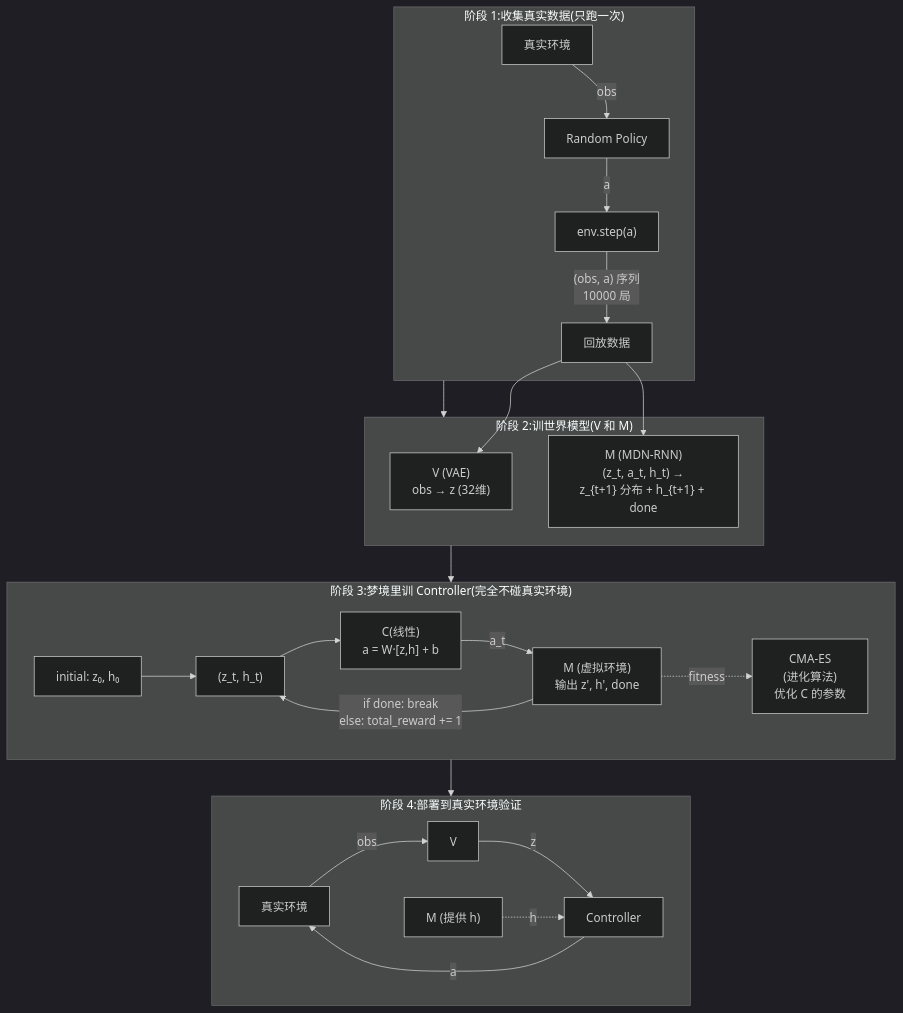
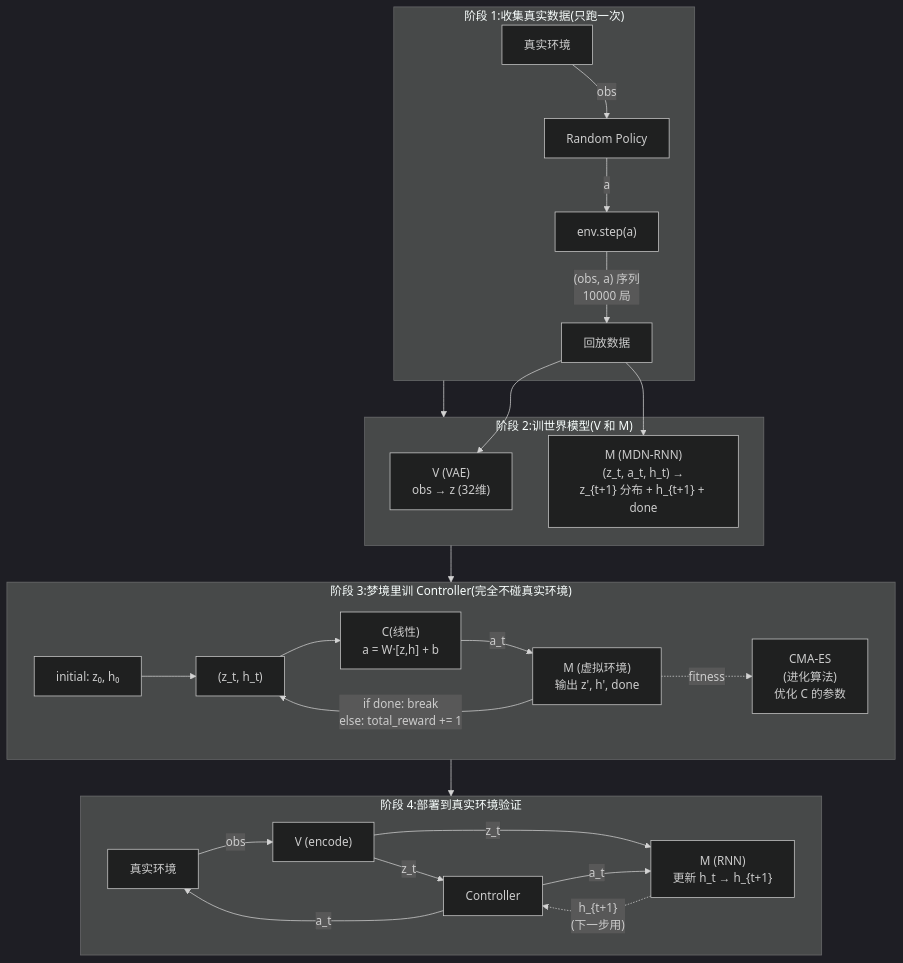
Before and after one commit to jinxinzhou/world-model-study: the third of 3 diagrams in World-Model-学习笔记.md, drawn with Mermaid (dark theme). The commit also changed 1 other file, not shown here.

Commit message:
fix: Stage 4 deployment diagram - M is RNN, needs (z_t, a_t) as inputs to update h
Previously M was shown as isolated, only providing h to Controller - misleading.
Now M correctly receives z_t from V and a_t from Controller as inputs.
Updated both ZH and EN versions.

````diff
--- a/World-Model-学习笔记.md
+++ b/World-Model-学习笔记.md
@@ -1261,32 +1261,34 @@
    ```mermaid
    flowchart TD
        subgraph S1["阶段 1:收集真实数据(只跑一次)"]
            Env1["真实环境"] -->|obs| Random["Random Policy"]
            Random -->|a| Step1["env.step(a)"]
            Step1 -->|"(obs, a) 序列<br/>10000 局"| Data["回放数据"]
        end
 
        subgraph S2["阶段 2:训世界模型(V 和 M)"]
            Data --> V["V (VAE)<br/>obs → z (32维)"]
            Data --> M["M (MDN-RNN)<br/>(z_t, a_t, h_t) →<br/>z_{t+1} 分布 + h_{t+1} + done"]
        end
 
        subgraph S3["阶段 3:梦境里训 Controller(完全不碰真实环境)"]
            Init["initial: z₀, h₀"] --> State["(z_t, h_t)"]
            State --> C["C(线性)<br/>a = W·[z,h] + b"]
            C -->|a_t| MDream["M (虚拟环境)<br/>输出 z', h', done"]
            MDream -->|"if done: break<br/>else: total_reward += 1"| State
            MDream -.->|fitness| CMAES["CMA-ES<br/>(进化算法)<br/>优化 C 的参数"]
        end
 
        subgraph S4["阶段 4:部署到真实环境验证"]
-           Env4["真实环境"] -->|obs| V2["V"]
-           V2 -->|z| C2["Controller"]
-           M2["M (提供 h)"] -.->|h| C2
-           C2 -->|a| Env4
+           Env4["真实环境"] -->|obs| V2["V (encode)"]
+           V2 -->|"z_t"| C2["Controller"]
+           V2 -->|"z_t"| M2["M (RNN)<br/>更新 h_t → h_{t+1}"]
+           C2 -->|"a_t"| Env4
+           C2 -->|"a_t"| M2
+           M2 -.->|"h_{t+1}<br/>(下一步用)"| C2
        end
 
        S1 --> S2
        S2 --> S3
        S3 --> S4
    ```
````
